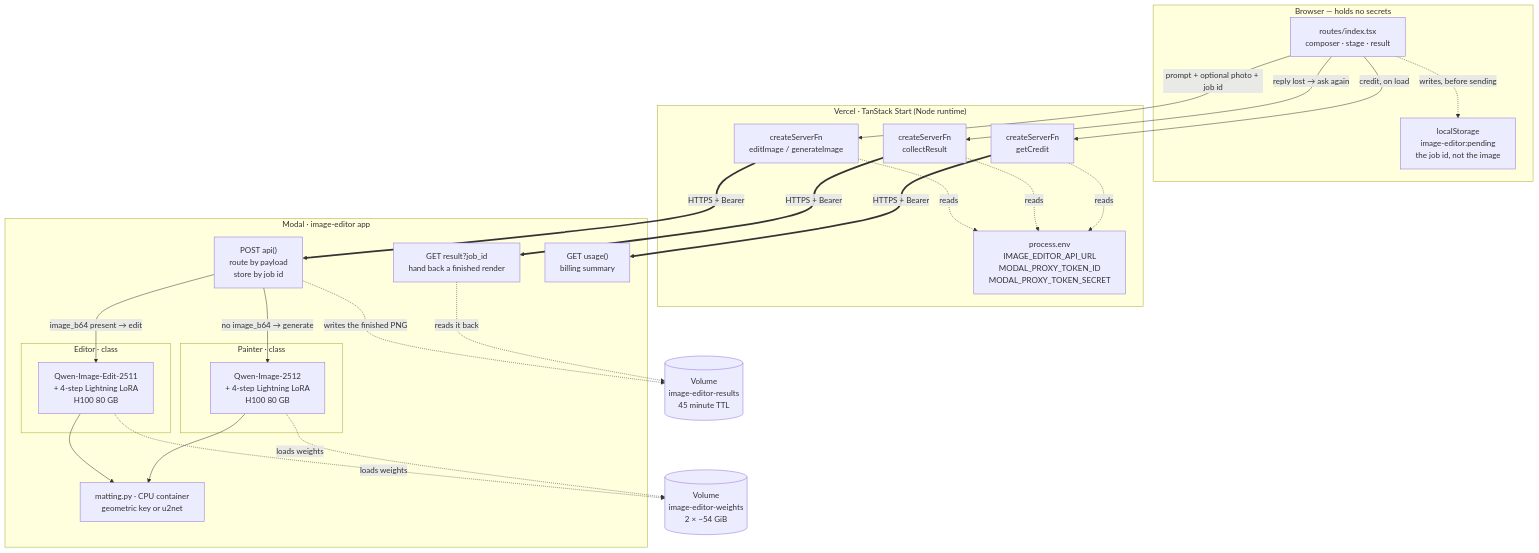
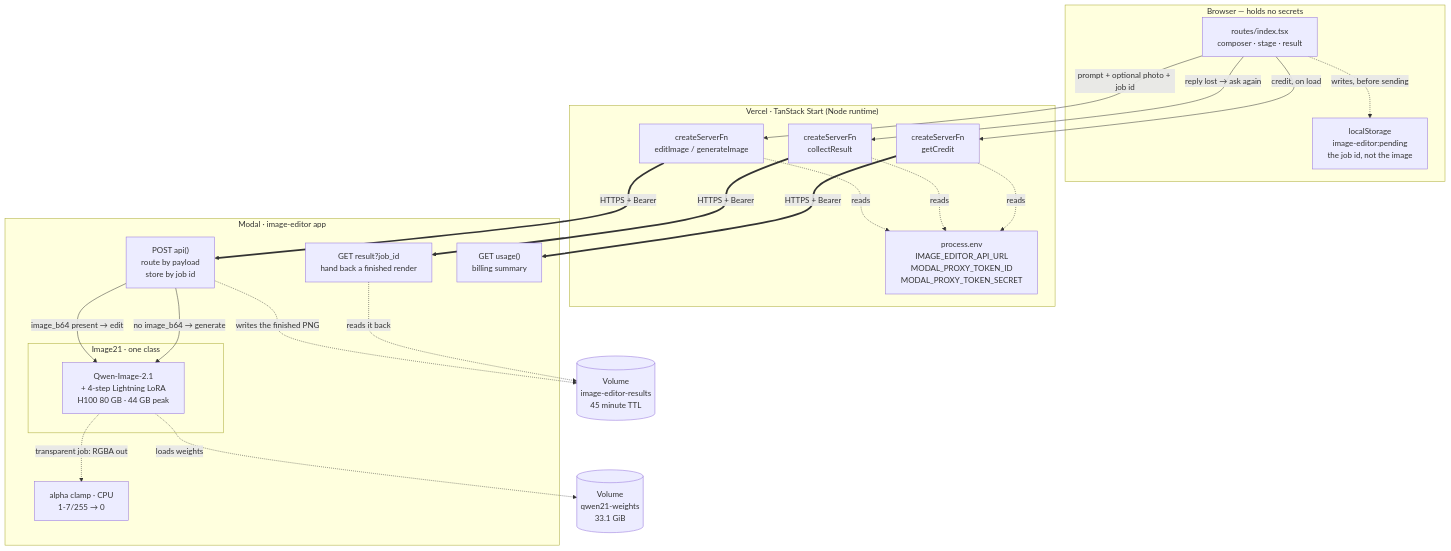
The first of 2 diagrams in README.md (kusalkalinga00/latent-image-generator), drawn with Mermaid before and after one commit. The commit also changed other lines of this file and 3 other files, not shown here.

First line of the commit message:
docs: rewrite everything for the single-model architecture

````diff
--- a/README.md
+++ b/README.md
@@ -94,49 +94,44 @@
 ```mermaid
 flowchart TB
   subgraph BROWSER["Browser — holds no secrets"]
     UI["routes/index.tsx<br/>composer · stage · result"]
     LS["localStorage<br/>image-editor:pending<br/>the job id, not the image"]
   end
 
   subgraph VERCEL["Vercel · TanStack Start (Node runtime)"]
     FN["createServerFn<br/>editImage / generateImage"]
     CO["createServerFn<br/>collectResult"]
     CR["createServerFn<br/>getCredit"]
     ENV["process.env<br/>IMAGE_EDITOR_API_URL<br/>MODAL_PROXY_TOKEN_ID<br/>MODAL_PROXY_TOKEN_SECRET"]
   end
 
   subgraph MODAL["Modal · image-editor app"]
     API["POST api()<br/>route by payload<br/>store by job id"]
     RES["GET result?job_id<br/>hand back a finished render"]
     USE["GET usage()<br/>billing summary"]
-    subgraph EDITOR["Editor · class"]
-      ED["Qwen-Image-Edit-2511<br/>+ 4-step Lightning LoRA<br/>H100 80 GB"]
+    subgraph ONE["Image21 · one class"]
+      M21["Qwen-Image-2.1<br/>+ 4-step Lightning LoRA<br/>H100 80 GB · 44 GB peak"]
     end
-    subgraph PAINTER["Painter · class"]
-      PN["Qwen-Image-2512<br/>+ 4-step Lightning LoRA<br/>H100 80 GB"]
-    end
-    MAT["matting.py · CPU container<br/>geometric key or u2net"]
+    ALPHA["alpha clamp · CPU<br/>1-7/255 → 0"]
   end
 
-  VOL[("Volume<br/>image-editor-weights<br/>2 × ~54 GiB")]
+  VOL[("Volume<br/>qwen21-weights<br/>33.1 GiB")]
   RVOL[("Volume<br/>image-editor-results<br/>45 minute TTL")]
 
   UI -->|"prompt + optional photo + job id"| FN
   UI -->|"credit, on load"| CR
   UI -.->|"writes, before sending"| LS
   UI -->|"reply lost → ask again"| CO
   FN -.->|"reads"| ENV
   CO -.->|"reads"| ENV
   CR -.->|"reads"| ENV
   FN ==>|"HTTPS + Bearer"| API
   CO ==>|"HTTPS + Bearer"| RES
   CR ==>|"HTTPS + Bearer"| USE
-  API -->|"image_b64 present → edit"| ED
-  API -->|"no image_b64 → generate"| PN
+  API -->|"image_b64 present → edit"| M21
+  API -->|"no image_b64 → generate"| M21
   API -.->|"writes the finished PNG"| RVOL
   RES -.->|"reads it back"| RVOL
-  ED --> MAT
-  PN --> MAT
-  ED -.->|"loads weights"| VOL
-  PN -.->|"loads weights"| VOL
+  M21 -.->|"transparent job: RGBA out"| ALPHA
+  M21 -.->|"loads weights"| VOL
 ```
````
